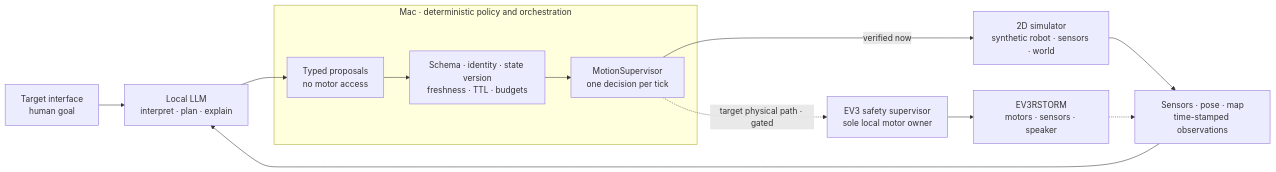
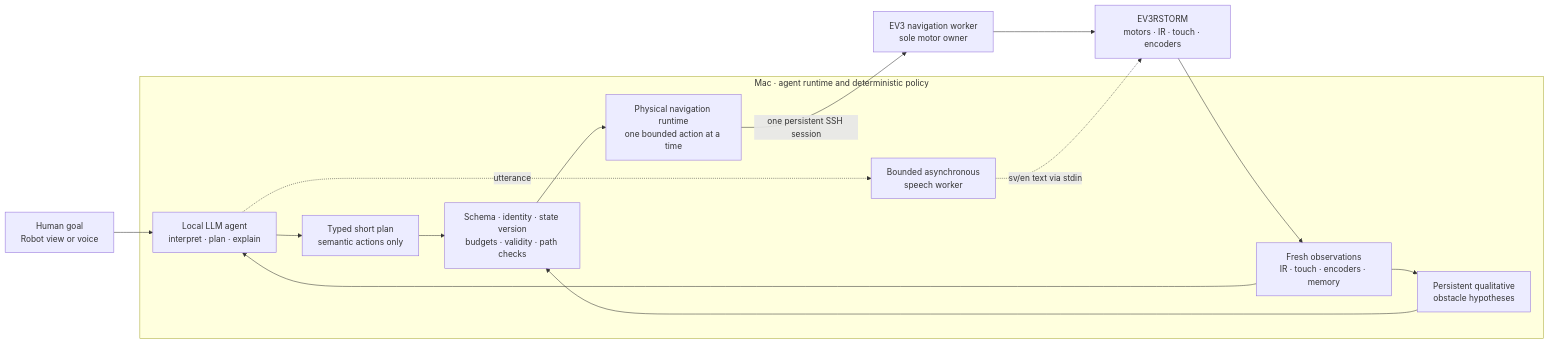
One commit to Jawbreaker1/robot-llm changed the diagram in README.md. Above: the diagram before and after it, drawn with Mermaid. The commit also changed other lines of this file and 53 other files, not shown here.

Commit message:
Add agentic physical navigation control plane

````diff
--- a/README.md
+++ b/README.md
@@ -83,17 +97,19 @@
 ```mermaid
 flowchart LR
-    U["Target interface<br/>human goal"] --> L["Local LLM<br/>interpret · plan · explain"]
-    O["Sensors · pose · map<br/>time-stamped observations"] --> L
-    L --> P["Typed proposals<br/>no motor access"]
+    U["Human goal<br/>Robot view or voice"] --> A["Local LLM agent<br/>interpret · plan · explain"]
+    O["Fresh observations<br/>IR · touch · encoders · memory"] --> A
+    A --> P["Typed short plan<br/>semantic actions only"]
 
-    subgraph HOST["Mac · deterministic policy and orchestration"]
-        P --> V["Schema · identity · state version<br/>freshness · TTL · budgets"]
-        V --> M["MotionSupervisor<br/>one decision per tick"]
+    subgraph HOST["Mac · agent runtime and deterministic policy"]
+        P --> V["Schema · identity · state version<br/>budgets · validity · path checks"]
+        V --> E["Physical navigation runtime<br/>one bounded action at a time"]
+        O --> M["Persistent qualitative<br/>obstacle hypotheses"]
+        M --> V
+        A -. utterance .-> T["Bounded asynchronous<br/>speech worker"]
     end
 
-    M -->|"verified now"| X["2D simulator<br/>synthetic robot · sensors · world"]
-    X --> O
-    M -.->|"target physical path · gated"| S["EV3 safety supervisor<br/>sole local motor owner"]
-    S --> R["EV3RSTORM<br/>motors · sensors · speaker"]
-    R -.-> O
+    E -->|"one persistent SSH session"| W["EV3 navigation worker<br/>sole motor owner"]
+    W --> R["EV3RSTORM<br/>motors · IR · touch · encoders"]
+    R --> O
+    T -. "sv/en text via stdin" .-> R
 ```
````
